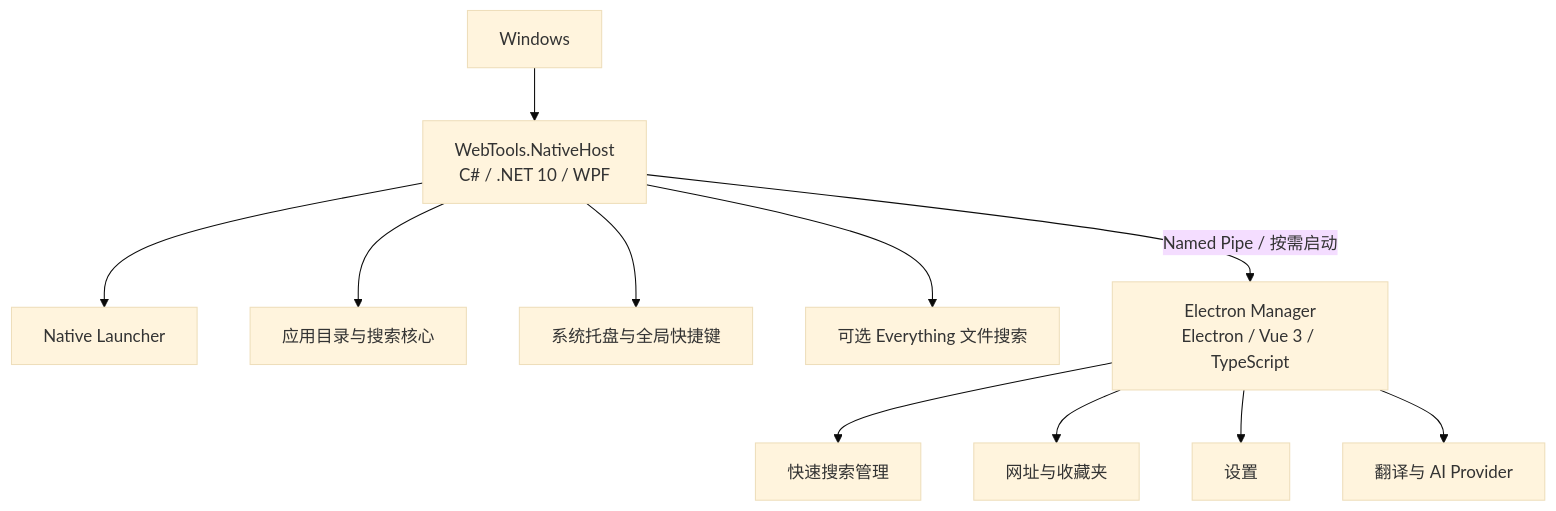
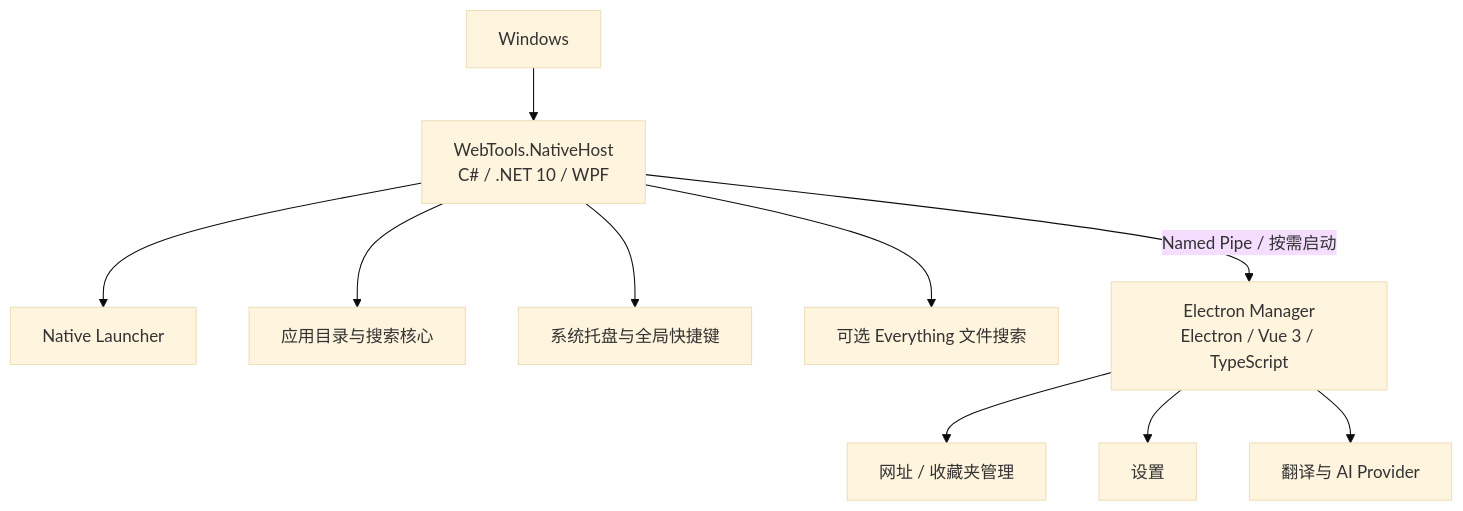
One commit to dbt64/webtools changed the diagram in README.md. Above: the diagram before and after it, drawn with Mermaid (base theme). The commit also changed other lines of this file and 99 other files, not shown here.

````diff
--- a/README.md
+++ b/README.md
@@ -32,13 +33,12 @@
 ```mermaid
 flowchart TD
     Windows[Windows] --> NativeHost[WebTools.NativeHost<br/>C# / .NET 10 / WPF]
     NativeHost --> Launcher[Native Launcher]
     NativeHost --> Search[应用目录与搜索核心]
     NativeHost --> Tray[系统托盘与全局快捷键]
     NativeHost --> Everything[可选 Everything 文件搜索]
     NativeHost -->|Named Pipe / 按需启动| Manager[Electron Manager<br/>Electron / Vue 3 / TypeScript]
-    Manager --> SearchManager[快速搜索管理]
-    Manager --> Entries[网址与收藏夹]
+    Manager --> Websites[网址 / 收藏夹管理]
     Manager --> Settings[设置]
     Manager --> Translation[翻译与 AI Provider]
 ```
````
